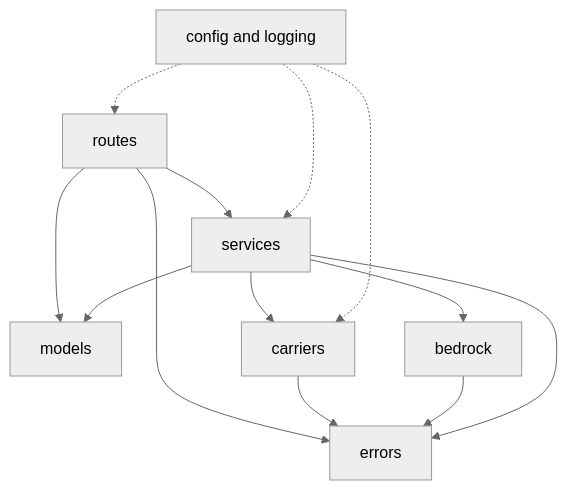
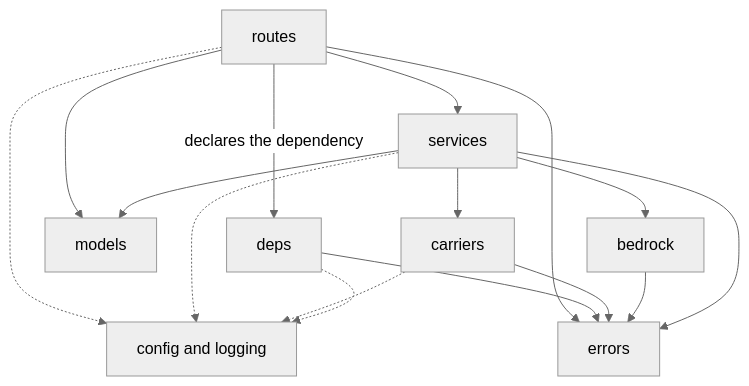
The first of 16 diagrams in design/boomerang-low-level-design.md (jacklvd/boomerang), drawn with Mermaid (neutral theme) before and after one commit. The commit also changed other lines of this file and 4 other files, not shown here.

````diff
--- a/design/boomerang-low-level-design.md
+++ b/design/boomerang-low-level-design.md
@@ -73,15 +73,18 @@
 ```mermaid
 flowchart TD
-    R["routes"] --> S["services"]
+    R["routes"] -- "declares the dependency" --> D["deps"]
+    R --> S["services"]
     R --> E["errors"]
     R --> M
+    D --> E
     S --> C["carriers"]
     S --> B["bedrock"]
     S --> M["models"]
     C --> E
     B --> E
     S --> E
-    ALL["config and logging"] -.-> R
-    ALL -.-> S
-    ALL -.-> C
+    R -.-> ALL["config and logging"]
+    S -.-> ALL
+    C -.-> ALL
+    D -.-> ALL
 ```
````
